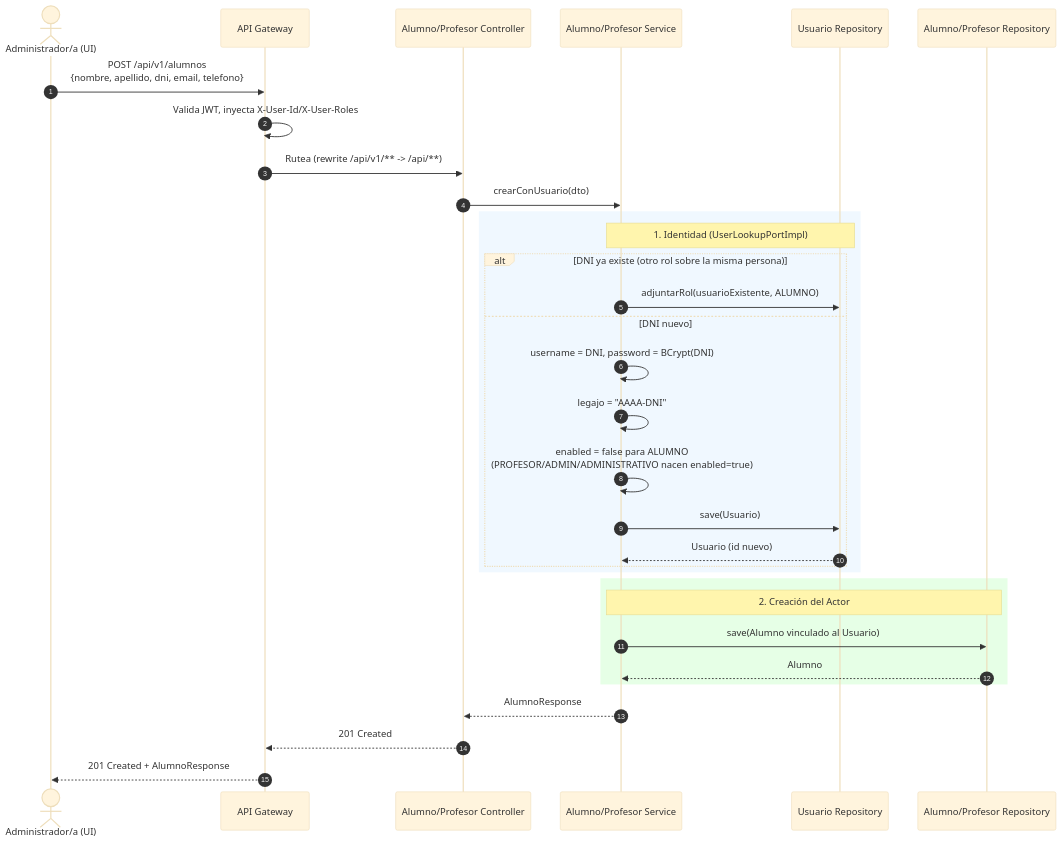
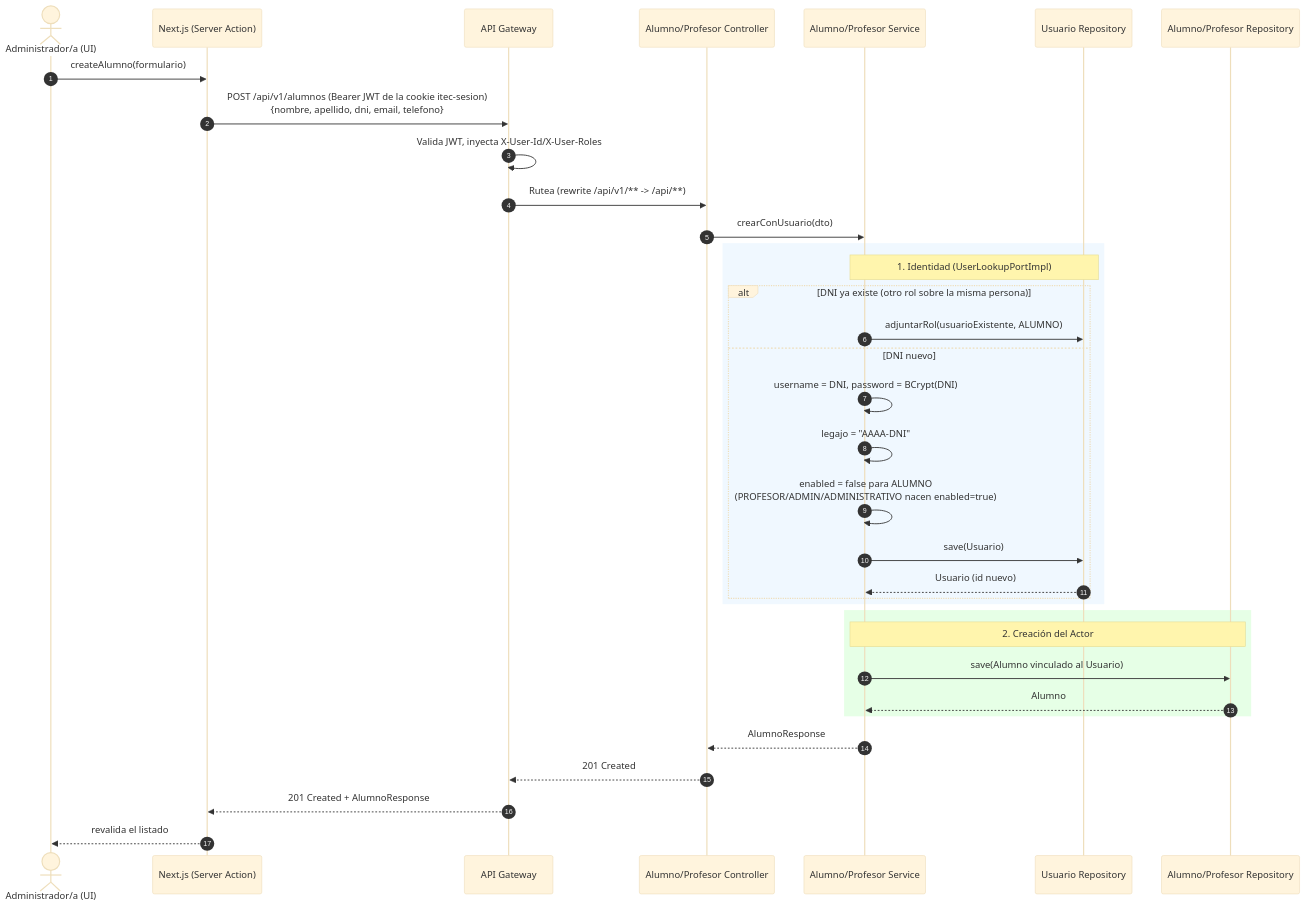
The diagram in docs/03.00-Diagrama_Secuencia.md (JuancaSterba/web-2026-itec), drawn with Mermaid (base theme) before and after one commit. The commit also changed 2 other files, not shown here.

Commit message:
docs: T28 diagramas con login por Server Action, cookie httpOnly y GET /api/v1/perfil

````diff
--- a/docs/03.00-Diagrama_Secuencia.md
+++ b/docs/03.00-Diagrama_Secuencia.md
@@ -7,38 +7,41 @@
 ```mermaid
 sequenceDiagram
     autonumber
     actor Admin as Administrador/a (UI)
+    participant Next as Next.js (Server Action)
     participant Gateway as API Gateway
     participant Controller as Alumno/Profesor Controller
     participant Service as Alumno/Profesor Service
     participant UserRepo as Usuario Repository
     participant ActorRepo as Alumno/Profesor Repository
 
-    Admin->>Gateway: POST /api/v1/alumnos<br/>{nombre, apellido, dni, email, telefono}
+    Admin->>Next: createAlumno(formulario)
+    Next->>Gateway: POST /api/v1/alumnos (Bearer JWT de la cookie itec-sesion)<br/>{nombre, apellido, dni, email, telefono}
     Gateway->>Gateway: Valida JWT, inyecta X-User-Id/X-User-Roles
     Gateway->>Controller: Rutea (rewrite /api/v1/** -> /api/**)
     Controller->>Service: crearConUsuario(dto)
 
     rect rgb(240, 248, 255)
     Note over Service,UserRepo: 1. Identidad (UserLookupPortImpl)
     alt DNI ya existe (otro rol sobre la misma persona)
         Service->>UserRepo: adjuntarRol(usuarioExistente, ALUMNO)
     else DNI nuevo
         Service->>Service: username = DNI, password = BCrypt(DNI)
         Service->>Service: legajo = "AAAA-DNI"
         Service->>Service: enabled = false para ALUMNO<br/>(PROFESOR/ADMIN/ADMINISTRATIVO nacen enabled=true)
         Service->>UserRepo: save(Usuario)
         UserRepo-->>Service: Usuario (id nuevo)
     end
     end
 
     rect rgb(230, 255, 230)
     Note over Service,ActorRepo: 2. Creación del Actor
     Service->>ActorRepo: save(Alumno vinculado al Usuario)
     ActorRepo-->>Service: Alumno
     end
 
     Service-->>Controller: AlumnoResponse
     Controller-->>Gateway: 201 Created
-    Gateway-->>Admin: 201 Created + AlumnoResponse
+    Gateway-->>Next: 201 Created + AlumnoResponse
+    Next-->>Admin: revalida el listado
 ```
````
